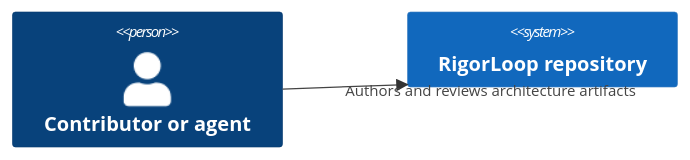
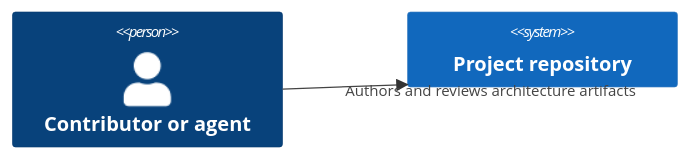
The first of 2 diagrams in skills/architecture/SKILL.md (xiongxianfei/rigorloop), drawn with Mermaid before and after one commit. The commit also changed other lines of this file and 2 other files, not shown here.

````diff
--- a/skills/architecture/SKILL.md
+++ b/skills/architecture/SKILL.md
@@ -91,6 +103,6 @@
 ```mermaid
 C4Context
   Person(contributor, "Contributor or agent")
-  System(repo, "RigorLoop repository")
+  System(repo, "Project repository")
   Rel(contributor, repo, "Authors and reviews architecture artifacts")
 ```
````
